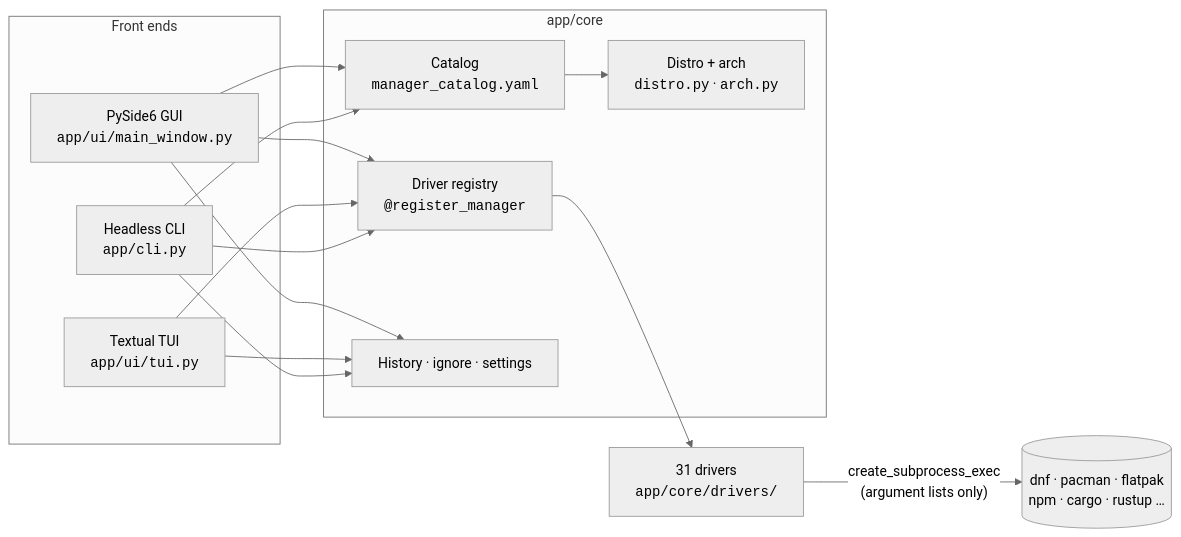
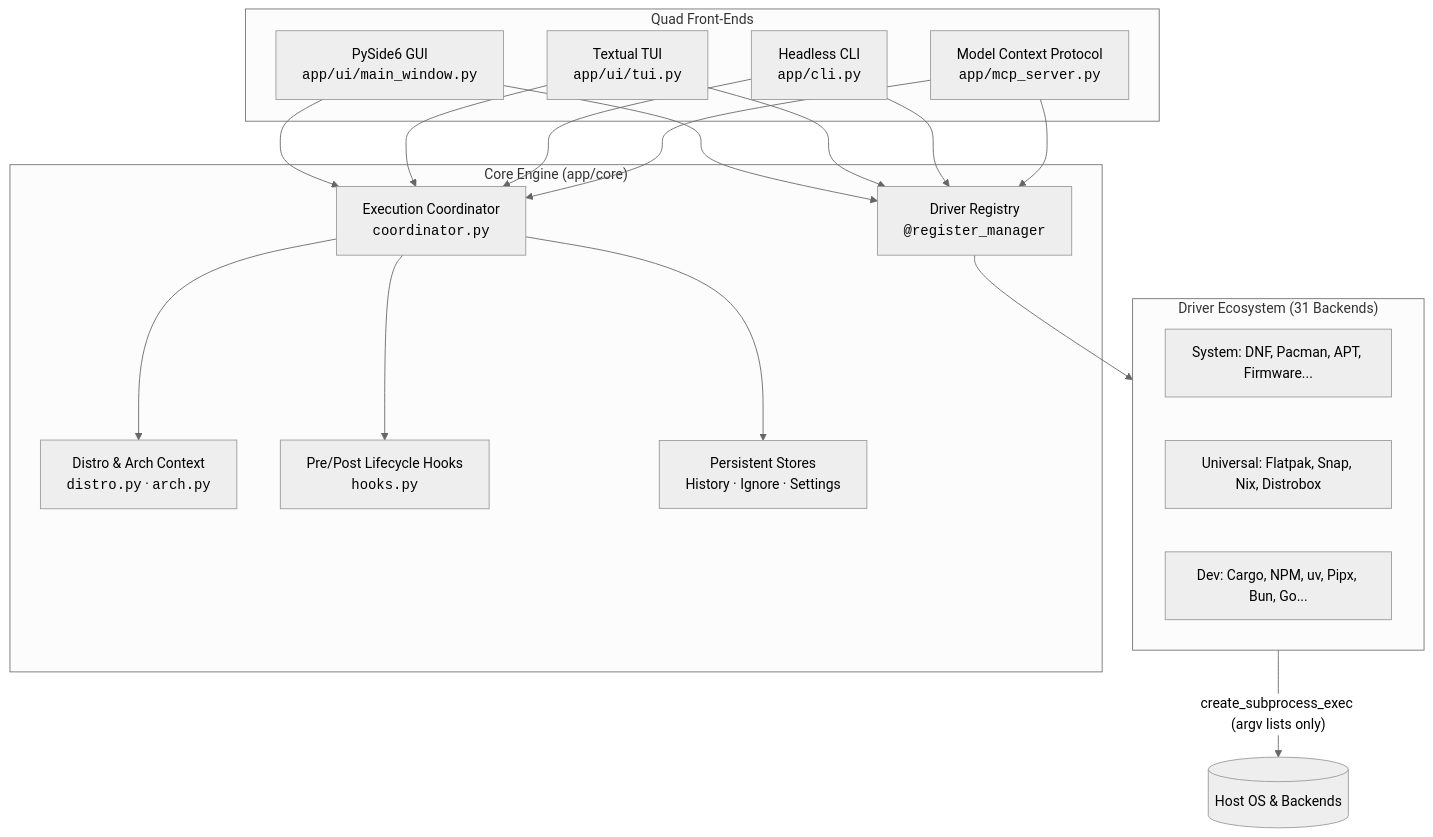
One commit to DaRipper91/PolyGet changed the diagram in README.md. Above: the diagram before and after it, drawn with Mermaid (neutral theme). The commit also changed other lines of this file and 16 other files, not shown here.

````diff
--- a/README.md
+++ b/README.md
@@ -231,25 +136,31 @@
 ```mermaid
-flowchart LR
-    subgraph Front ends
+flowchart TD
+    subgraph Interfaces["Quad Front-Ends"]
         GUI["PySide6 GUI<br/><code>app/ui/main_window.py</code>"]
         TUI["Textual TUI<br/><code>app/ui/tui.py</code>"]
         CLI["Headless CLI<br/><code>app/cli.py</code>"]
+        MCP["Model Context Protocol<br/><code>app/mcp_server.py</code>"]
     end
 
-    subgraph Core["app/core"]
-        REG["Driver registry<br/><code>@register_manager</code>"]
-        CAT["Catalog<br/><code>manager_catalog.yaml</code>"]
-        DIS["Distro + arch<br/><code>distro.py</code> · <code>arch.py</code>"]
-        STORE["History · ignore · settings"]
+    subgraph Core["Core Engine (app/core)"]
+        REG["Driver Registry<br/><code>@register_manager</code>"]
+        COORD["Execution Coordinator<br/><code>coordinator.py</code>"]
+        DIST["Distro & Arch Context<br/><code>distro.py</code> · <code>arch.py</code>"]
+        HOOKS["Pre/Post Lifecycle Hooks<br/><code>hooks.py</code>"]
+        STORE["Persistent Stores<br/>History · Ignore · Settings"]
     end
 
-    DRV["31 drivers<br/><code>app/core/drivers/</code>"]
-    SYS[("dnf · pacman · flatpak<br/>npm · cargo · rustup …")]
+    subgraph Drivers["Driver Ecosystem (31 Backends)"]
+        SYS["System: DNF, Pacman, APT, Firmware..."]
+        UNIV["Universal: Flatpak, Snap, Nix, Distrobox"]
+        DEV["Dev: Cargo, NPM, uv, Pipx, Bun, Go..."]
+    end
 
-    GUI & TUI & CLI --> REG
-    GUI & CLI --> CAT
-    REG --> DRV
-    CAT --> DIS
-    DRV -- "create_subprocess_exec<br/>(argument lists only)" --> SYS
-    GUI & TUI & CLI --> STORE
+    GUI & TUI & CLI & MCP --> REG
+    GUI & TUI & CLI & MCP --> COORD
+    REG --> Drivers
+    COORD --> HOOKS
+    COORD --> DIST
+    Drivers -- "create_subprocess_exec (argv lists only)" --> OS[("Host OS & Backends")]
+    COORD --> STORE
 ```
````
